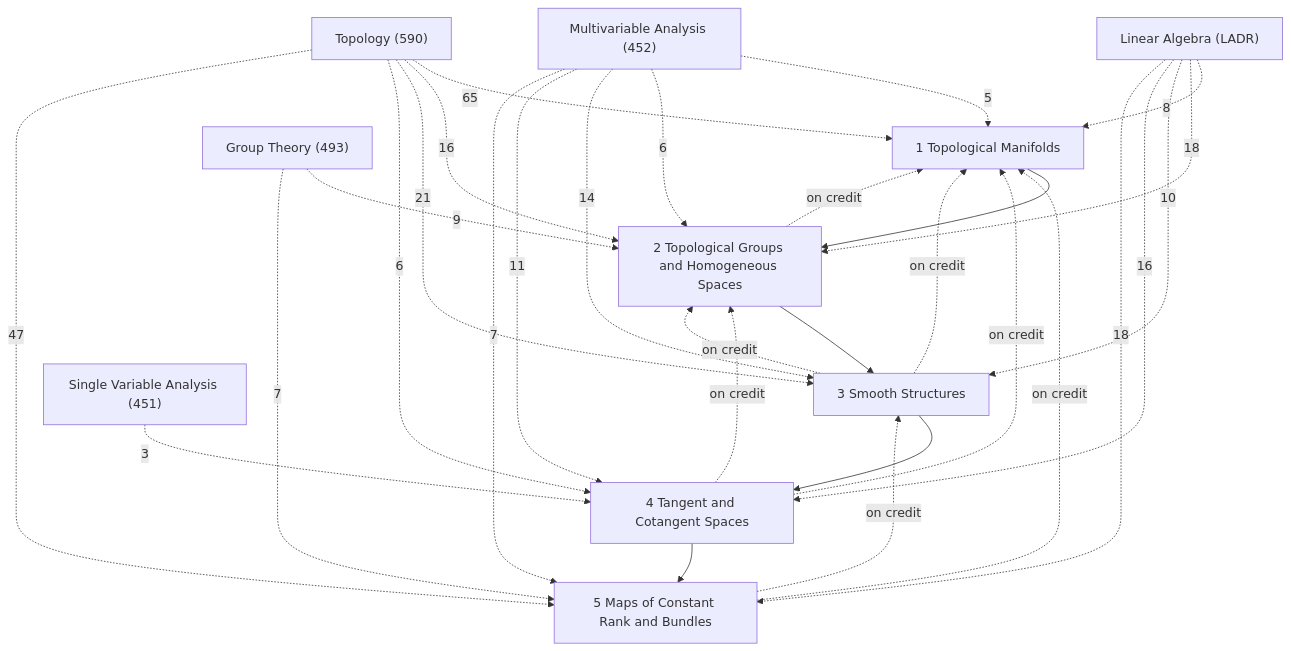
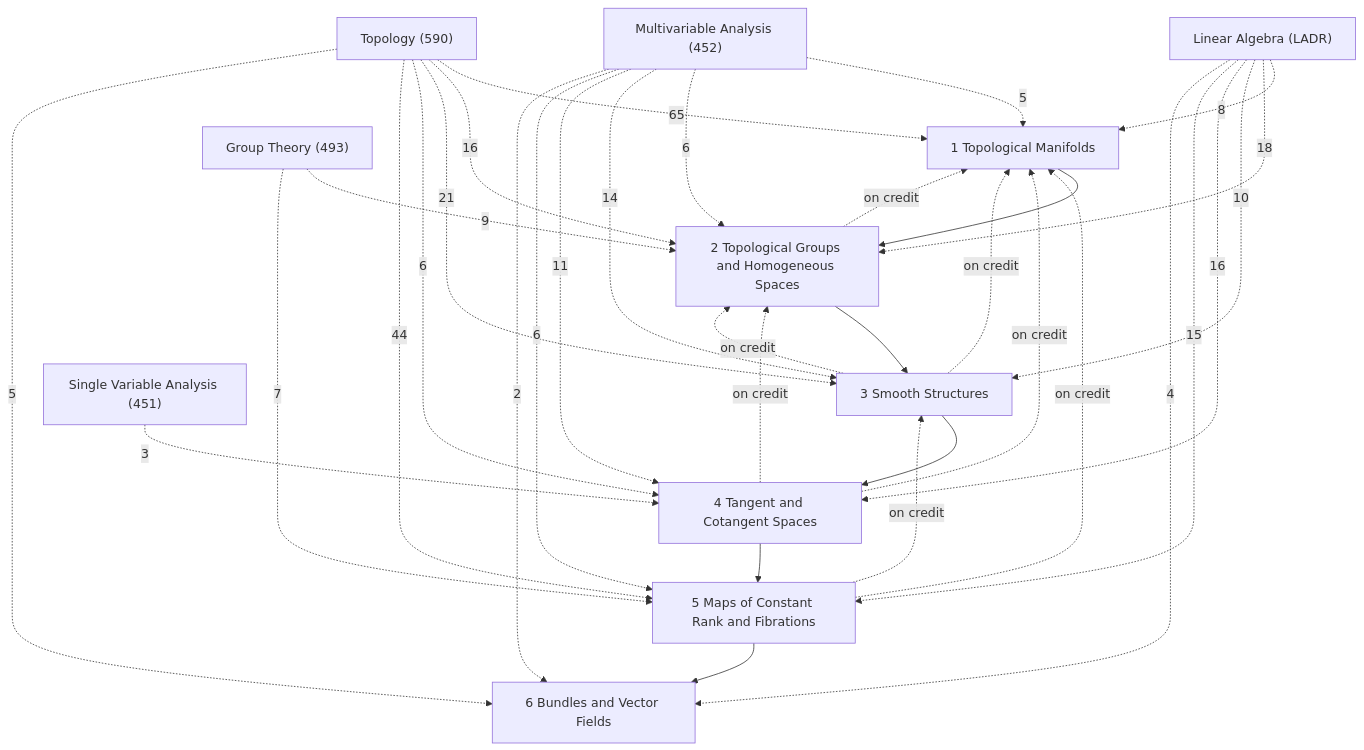
Before and after one commit to Onion20040508/notes: the diagram in Math/Differentiable Manifolds/Differentiable Manifolds.md, drawn with Mermaid. The commit also changed other lines of this file and 32 other files, not shown here.

````diff
--- a/Math/Differentiable Manifolds/Differentiable Manifolds.md
+++ b/Math/Differentiable Manifolds/Differentiable Manifolds.md
@@ -27,42 +27,47 @@
 ```mermaid
 graph TD
   C1["1 Topological Manifolds"]
   C2["2 Topological Groups and Homogeneous Spaces"]
   C3["3 Smooth Structures"]
   C4["4 Tangent and Cotangent Spaces"]
-  C5["5 Maps of Constant Rank and Bundles"]
+  C5["5 Maps of Constant Rank and Fibrations"]
+  C6["6 Bundles and Vector Fields"]
   X1["Topology (590)"]
   X2["Multivariable Analysis (452)"]
   X3["Linear Algebra (LADR)"]
   X4["Group Theory (493)"]
   X5["Single Variable Analysis (451)"]
   C1 --> C2
   C2 --> C3
   C3 --> C4
   C4 --> C5
+  C5 --> C6
   C2 -.->|on credit| C1
   C3 -.->|on credit| C1
   C3 -.->|on credit| C2
   C4 -.->|on credit| C1
   C4 -.->|on credit| C2
   C5 -.->|on credit| C1
   C5 -.->|on credit| C3
   X4 -.->|9| C2
   X4 -.->|7| C5
   X3 -.->|8| C1
   X3 -.->|18| C2
   X3 -.->|10| C3
   X3 -.->|16| C4
-  X3 -.->|18| C5
+  X3 -.->|15| C5
+  X3 -.->|4| C6
   X2 -.->|5| C1
   X2 -.->|6| C2
   X2 -.->|14| C3
   X2 -.->|11| C4
-  X2 -.->|7| C5
+  X2 -.->|6| C5
+  X2 -.->|2| C6
   X5 -.->|3| C4
   X1 -.->|65| C1
   X1 -.->|16| C2
   X1 -.->|21| C3
   X1 -.->|6| C4
-  X1 -.->|47| C5
+  X1 -.->|44| C5
+  X1 -.->|5| C6
 ```
````
